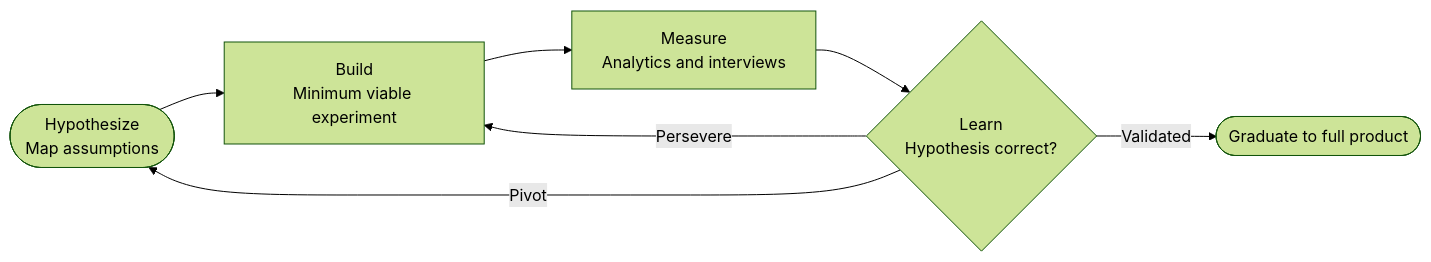
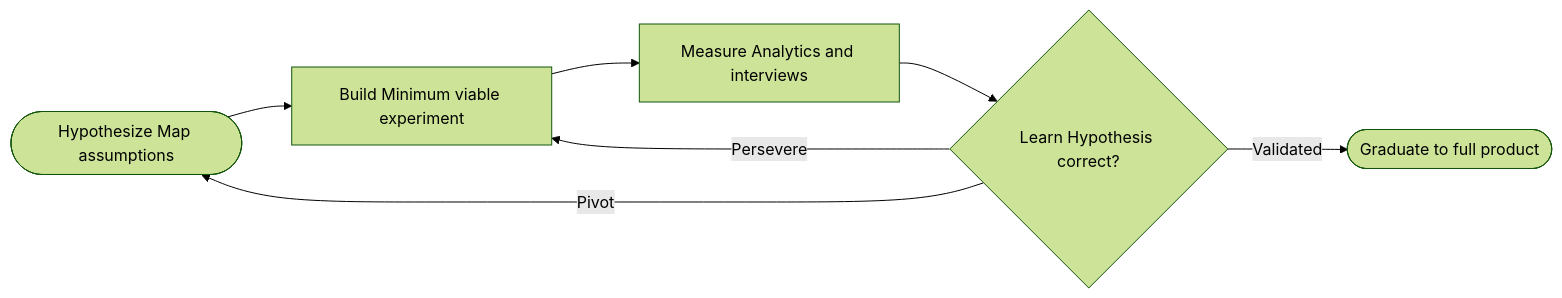
One commit to ivanyeors/product-agentic-templates changed the fourth of 7 diagrams in .cursor/skills/01-product-discovery/pdlc-frameworks.md. Above: the diagram before and after it, drawn with Mermaid (forest theme). The commit also changed other lines of this file and 39 other files, not shown here.

````diff
--- a/.cursor/skills/01-product-discovery/pdlc-frameworks.md
+++ b/.cursor/skills/01-product-discovery/pdlc-frameworks.md
@@ -100,9 +100,9 @@
 ```mermaid
 flowchart LR
-    hypothesize([Hypothesize\nMap assumptions]) --> build[Build\nMinimum viable experiment]
-    build --> measure[Measure\nAnalytics and interviews]
-    measure --> learn{Learn\nHypothesis correct?}
+    hypothesize([Hypothesize Map assumptions]) --> build[Build Minimum viable experiment]
+    build --> measure[Measure Analytics and interviews]
+    measure --> learn{Learn Hypothesis correct?}
     learn -->|Persevere| build
     learn -->|Pivot| hypothesize
     learn -->|Validated| done([Graduate to full product])
 ```
````
